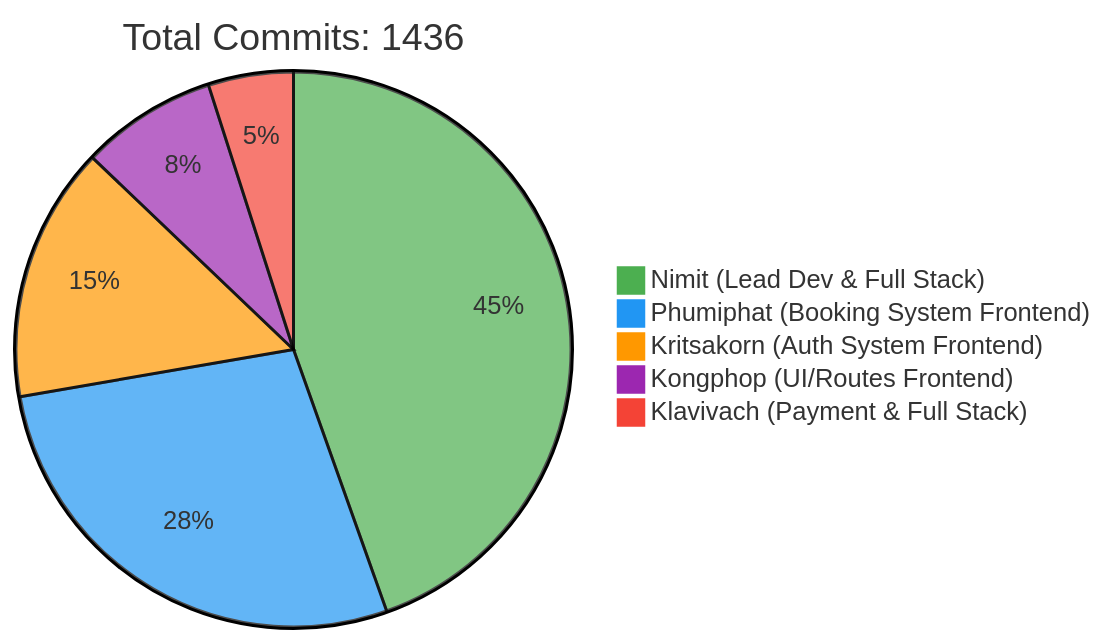
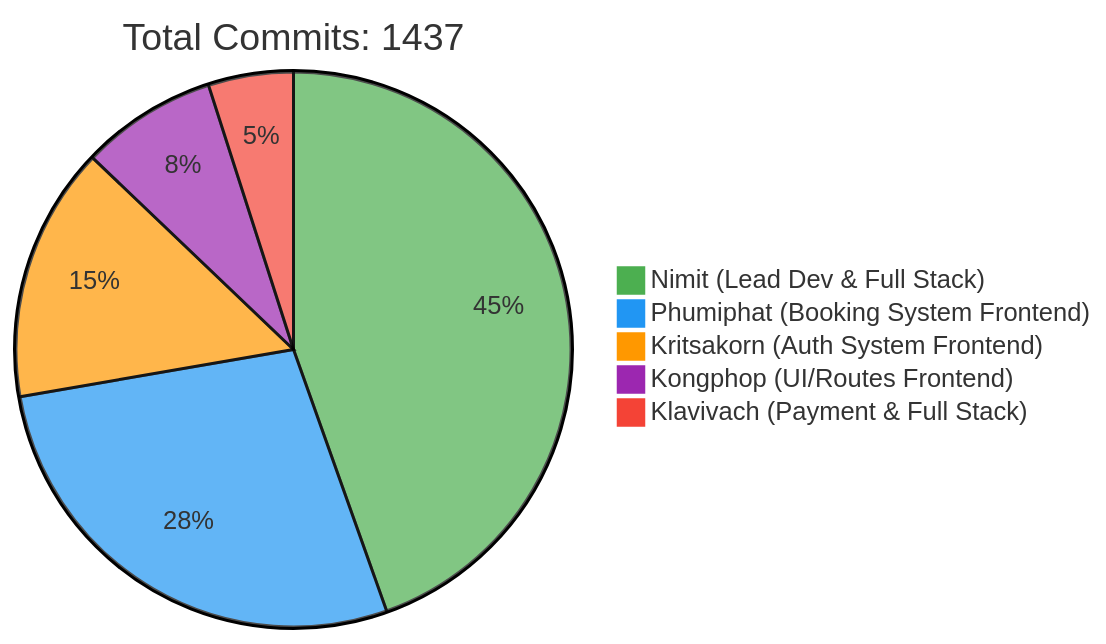
One commit to 6531503042/Sport-Complex changed the first of 2 diagrams in README.md. Above: the diagram before and after it, drawn with Mermaid. The commit also changed other lines of this file, not shown here.

Commit message:
docs: Update contributor statistics [skip ci]

````diff
--- a/README.md
+++ b/README.md
@@ -257,10 +257,10 @@
 ```mermaid
 %%{init: {'theme': 'base', 'themeVariables': { 'pie1': '#4CAF50', 'pie2': '#2196F3', 'pie3': '#FF9800', 'pie4': '#9C27B0', 'pie5': '#F44336'}}}%%
 pie
-    title Total Commits: 1436
+    title Total Commits: 1437
     "Nimit (Lead Dev & Full Stack)" : 450
     "Phumiphat (Booking System Frontend)" : 280
     "Kritsakorn (Auth System Frontend)" : 150
     "Kongphop (UI/Routes Frontend)" : 80
     "Klavivach (Payment & Full Stack)" : 50
 ```
````
